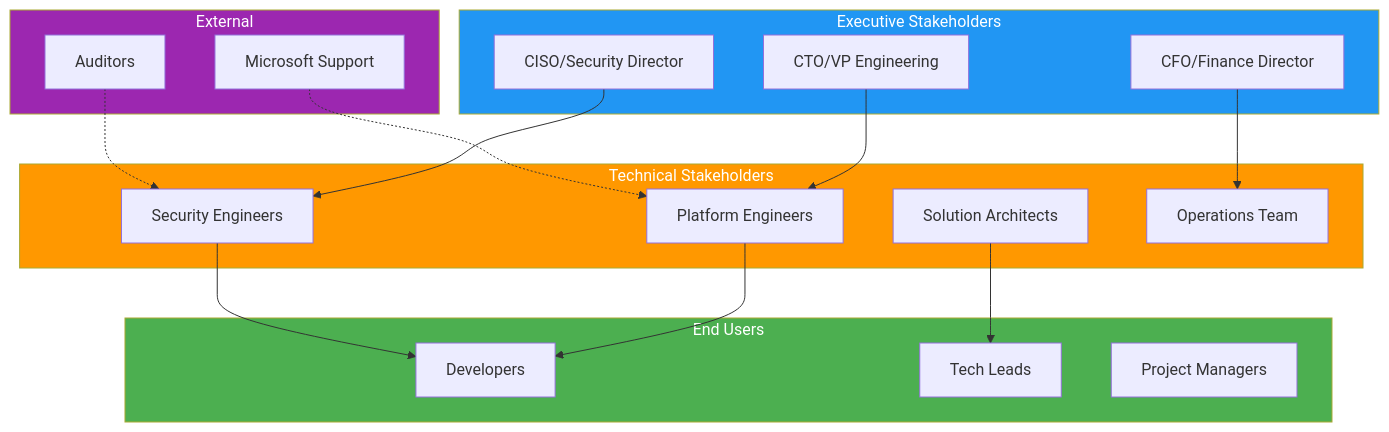
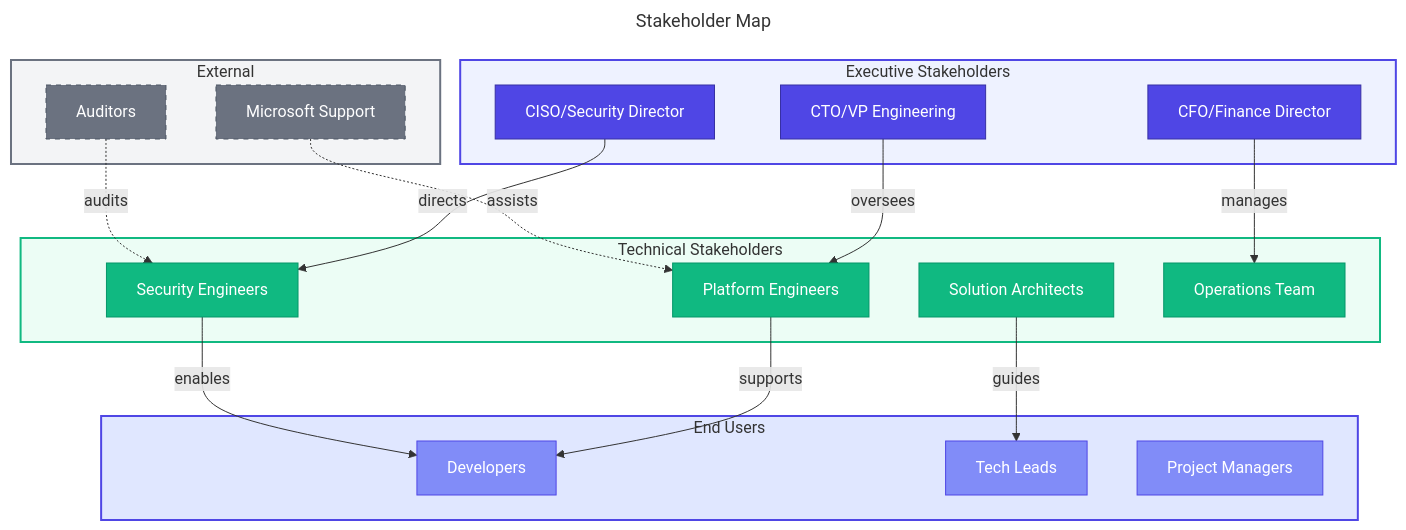
The second of 6 diagrams in docs/architecture/01-business-architecture.md (Evilazaro/DevExp-DevBox), drawn with Mermaid before and after one commit. The commit also changed other lines of this file and 2 other files, not shown here.

Commit message:
Enhance documentation for architecture files by adding titles to diagrams, improving section titles, and incorporating emojis for better clarity and navigation.

````diff
--- a/docs/architecture/01-business-architecture.md
+++ b/docs/architecture/01-business-architecture.md
@@ -139,42 +142,62 @@
 ```mermaid
+---
+title: Stakeholder Map
+---
 flowchart TB
+    %% ===== EXECUTIVE STAKEHOLDERS =====
     subgraph Executive["Executive Stakeholders"]
         CTO["CTO/VP Engineering"]
         CISO["CISO/Security Director"]
         CFO["CFO/Finance Director"]
     end
     
+    %% ===== TECHNICAL STAKEHOLDERS =====
     subgraph Technical["Technical Stakeholders"]
         PE["Platform Engineers"]
         SA["Solution Architects"]
         SEC["Security Engineers"]
         OPS["Operations Team"]
     end
     
+    %% ===== END USERS =====
     subgraph Users["End Users"]
         DEV["Developers"]
         LEAD["Tech Leads"]
         PM["Project Managers"]
     end
     
+    %% ===== EXTERNAL PARTIES =====
     subgraph External["External"]
         MS["Microsoft Support"]
         AUD["Auditors"]
     end
     
-    CTO --> PE
-    CISO --> SEC
-    CFO --> OPS
+    %% ===== RELATIONSHIPS =====
+    CTO -->|"oversees"| PE
+    CISO -->|"directs"| SEC
+    CFO -->|"manages"| OPS
     
-    PE --> DEV
-    SA --> LEAD
-    SEC --> DEV
+    PE -->|"supports"| DEV
+    SA -->|"guides"| LEAD
+    SEC -->|"enables"| DEV
     
-    AUD -.-> SEC
-    MS -.-> PE
+    AUD -.->|"audits"| SEC
+    MS -.->|"assists"| PE
     
-    style Executive fill:#2196F3,color:#fff
-    style Technical fill:#FF9800,color:#fff
-    style Users fill:#4CAF50,color:#fff
-    style External fill:#9C27B0,color:#fff
+    %% ===== NODE STYLES =====
+    classDef primary fill:#4F46E5,stroke:#3730A3,color:#FFFFFF
+    classDef secondary fill:#10B981,stroke:#059669,color:#FFFFFF
+    classDef external fill:#6B7280,stroke:#4B5563,color:#FFFFFF,stroke-dasharray:5 5
+    classDef trigger fill:#818CF8,stroke:#4F46E5,color:#FFFFFF
+    
+    class CTO,CISO,CFO primary
+    class PE,SA,SEC,OPS secondary
+    class DEV,LEAD,PM trigger
+    class MS,AUD external
+    
+    %% ===== SUBGRAPH STYLES =====
+    style Executive fill:#EEF2FF,stroke:#4F46E5,stroke-width:2px
+    style Technical fill:#ECFDF5,stroke:#10B981,stroke-width:2px
+    style Users fill:#E0E7FF,stroke:#4F46E5,stroke-width:2px
+    style External fill:#F3F4F6,stroke:#6B7280,stroke-width:2px
 ```
````
